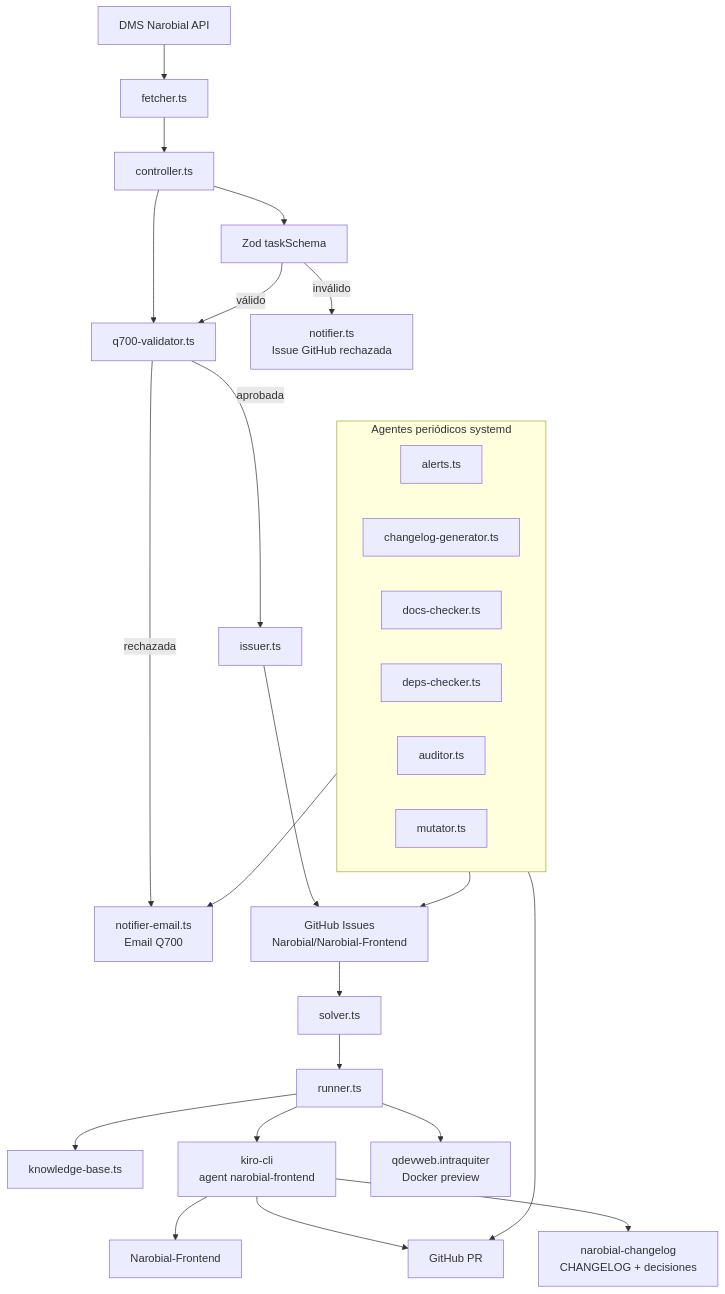
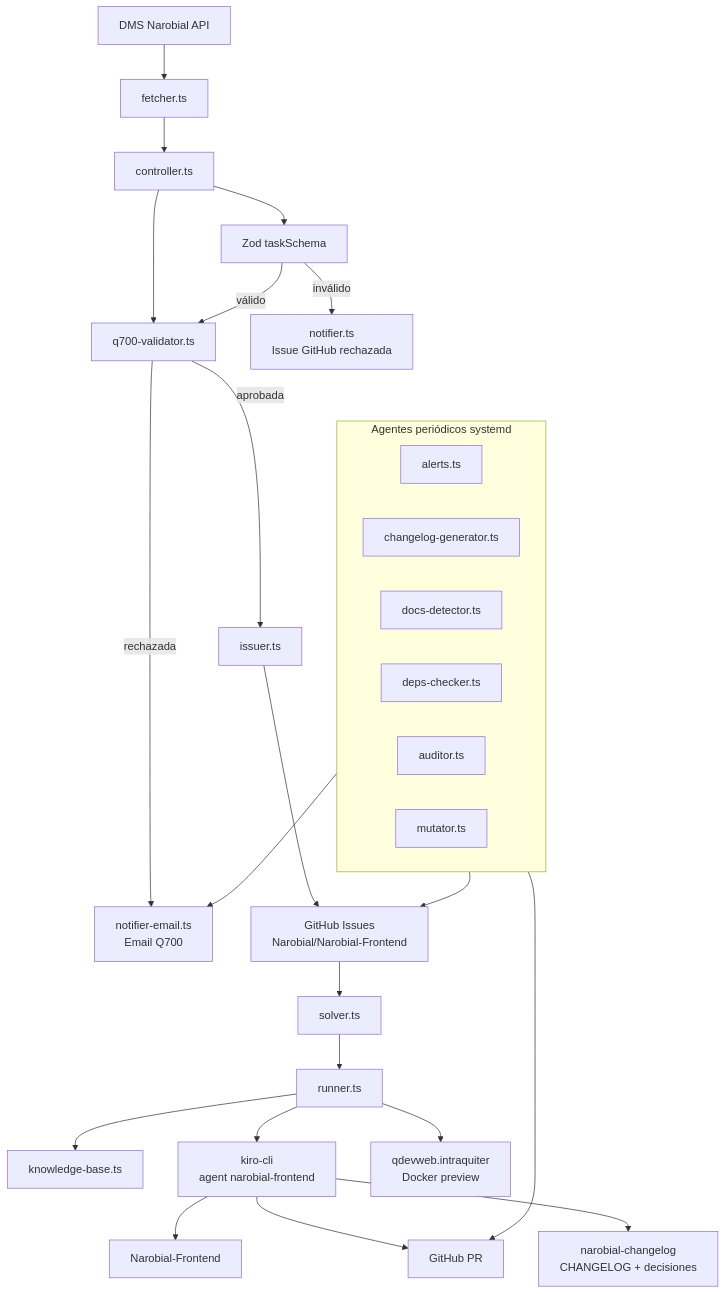
One commit to Guillermo-Narobial/symphony changed the first of 12 diagrams in agent/docs/ARCHITECTURE.md. Above: the diagram before and after it, drawn with Mermaid. The commit also changed other lines of this file and 25 other files, not shown here.

````diff
--- a/agent/docs/ARCHITECTURE.md
+++ b/agent/docs/ARCHITECTURE.md
@@ -22,36 +29,36 @@
 ```mermaid
 flowchart TB
     DMS[DMS Narobial API] --> Fetcher[fetcher.ts]
     Fetcher --> Controller[controller.ts]
     Controller --> Schema[Zod taskSchema]
     Controller --> Q700[q700-validator.ts]
 
     Schema -->|válido| Q700
     Schema -->|inválido| RejectionIssue[notifier.ts<br/>Issue GitHub rechazada]
     Q700 -->|rechazada| EmailReject[notifier-email.ts<br/>Email Q700]
     Q700 -->|aprobada| Issuer[issuer.ts]
 
     Issuer --> GitHubIssues[GitHub Issues<br/>Narobial/Narobial-Frontend]
     GitHubIssues --> Solver[solver.ts]
     Solver --> Runner[runner.ts]
     Runner --> KB[knowledge-base.ts]
     Runner --> Kiro[kiro-cli<br/>agent narobial-frontend]
 
     Kiro --> FrontendRepo[Narobial-Frontend]
     Kiro --> PR[GitHub PR]
     Runner --> Qdevweb[qdevweb.intraquiter<br/>Docker preview]
     Kiro --> Changelog[narobial-changelog<br/>CHANGELOG + decisiones]
 
     subgraph Timers[Agentes periódicos systemd]
         Alerts[alerts.ts]
         ChangelogGen[changelog-generator.ts]
-        Docs[docs-checker.ts]
+        Docs[docs-detector.ts]
         Deps[deps-checker.ts]
         Audit[auditor.ts]
         Mutator[mutator.ts]
     end
 
     Timers --> GitHubIssues
     Timers --> PR
     Timers --> EmailReject
 ```
````
